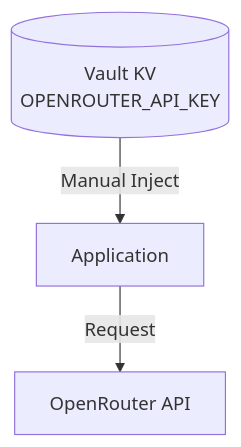
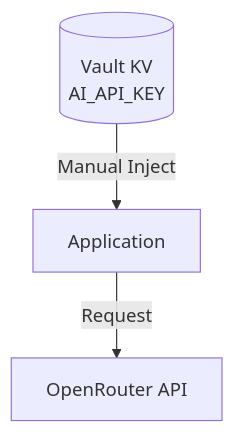
Before and after one commit to wangzitian0/infra2: the diagram in docs/ssot/platform.ai.md, drawn with Mermaid. The commit also changed other lines of this file and 8 other files, not shown here.

````diff
--- a/docs/ssot/platform.ai.md
+++ b/docs/ssot/platform.ai.md
@@ -21,9 +21,9 @@
 ```mermaid
 flowchart TB
-    Vault[(Vault KV<br/>OPENROUTER_API_KEY)]
+    Vault[(Vault KV<br/>AI_API_KEY)]
     App[Application]
     External[OpenRouter API]
 
     Vault -->|Manual Inject| App
     App -->|Request| External
 ```
````
